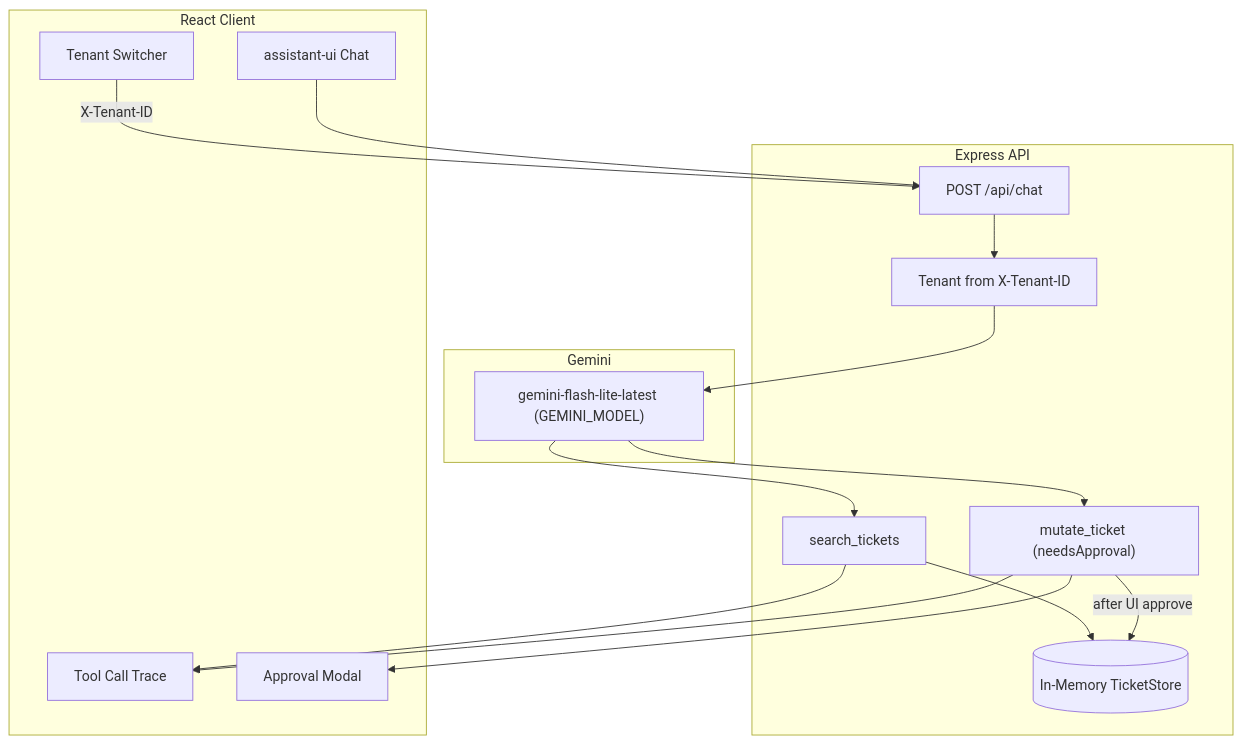
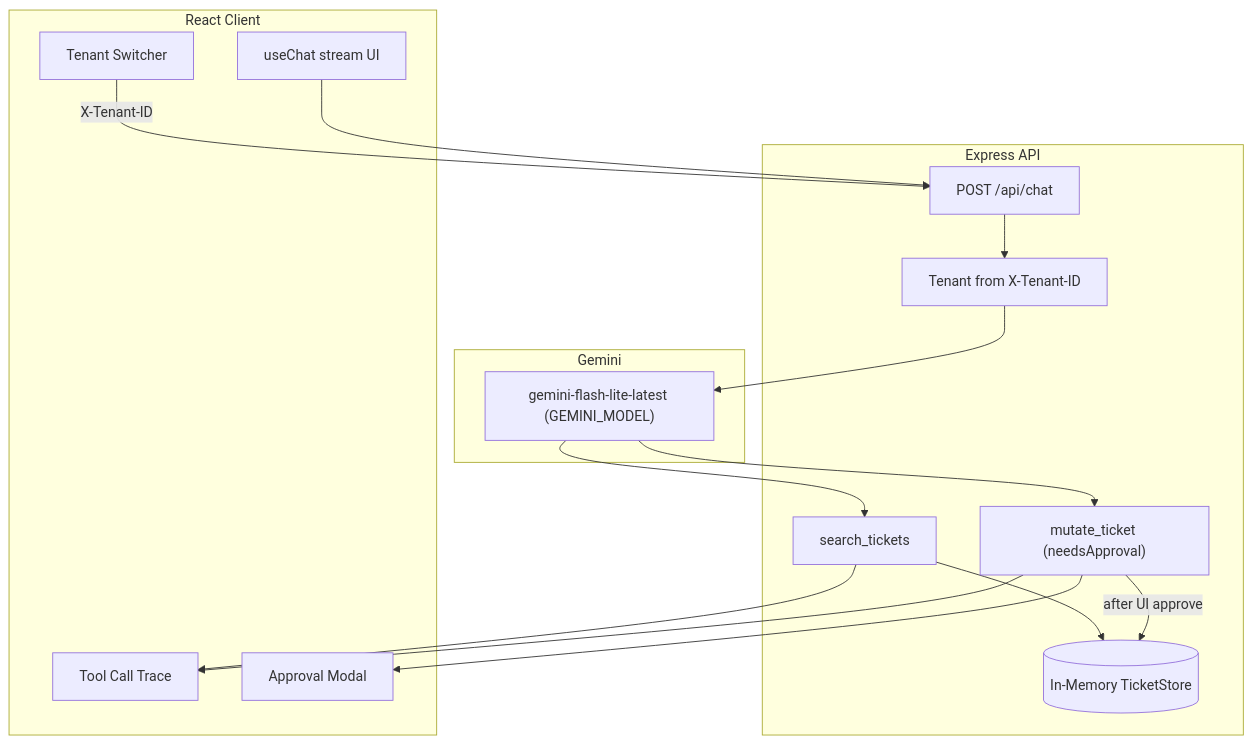
One commit to dpetrov96/guarded-ticket-agent changed the diagram in README.md. Above: the diagram before and after it, drawn with Mermaid. The commit also changed other lines of this file and 24 other files, not shown here.

````diff
--- a/README.md
+++ b/README.md
@@ -29,33 +29,33 @@
 ```mermaid
 flowchart TB
   subgraph client [React Client]
     TenantSwitcher[Tenant Switcher]
-    ChatUI[assistant-ui Chat]
+    ChatUI[useChat stream UI]
     ToolTrace[Tool Call Trace]
     ApprovalModal[Approval Modal]
   end
 
   subgraph server [Express API]
     ChatRoute["POST /api/chat"]
     TenantCtx[Tenant from X-Tenant-ID]
     SearchTool[search_tickets]
     MutateTool["mutate_ticket (needsApproval)"]
     TicketStore[(In-Memory TicketStore)]
   end
 
   subgraph llm [Gemini]
     Model["gemini-flash-lite-latest (GEMINI_MODEL)"]
   end
 
   TenantSwitcher -->|"X-Tenant-ID"| ChatRoute
   ChatUI --> ChatRoute
   ChatRoute --> TenantCtx
   TenantCtx --> Model
   Model --> SearchTool
   Model --> MutateTool
   SearchTool --> TicketStore
   MutateTool -->|"after UI approve"| TicketStore
   MutateTool --> ApprovalModal
   SearchTool --> ToolTrace
   MutateTool --> ToolTrace
 ```
````
